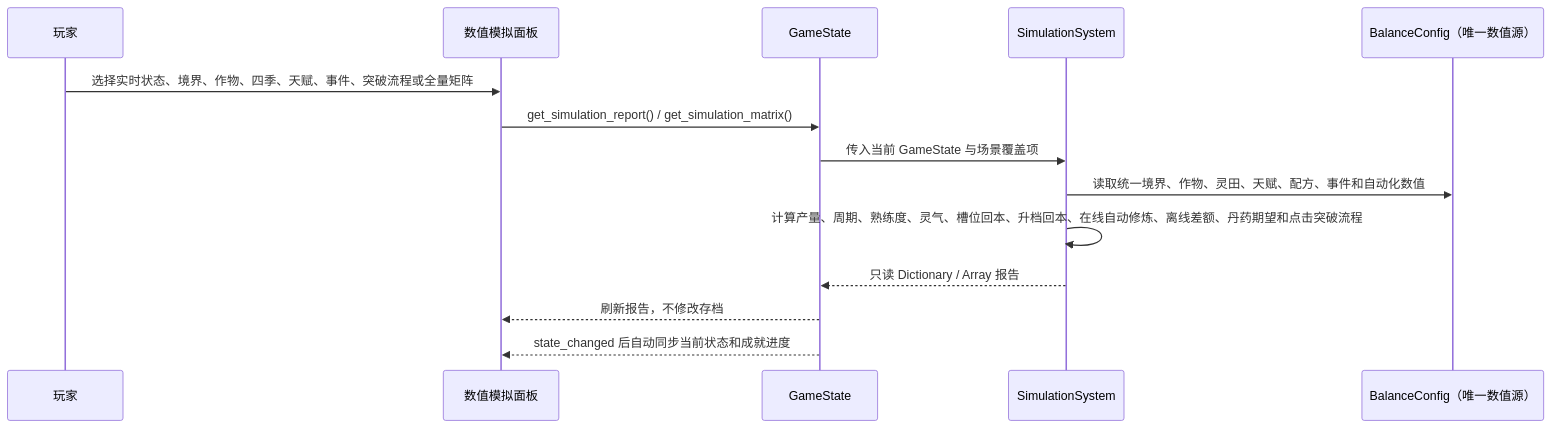
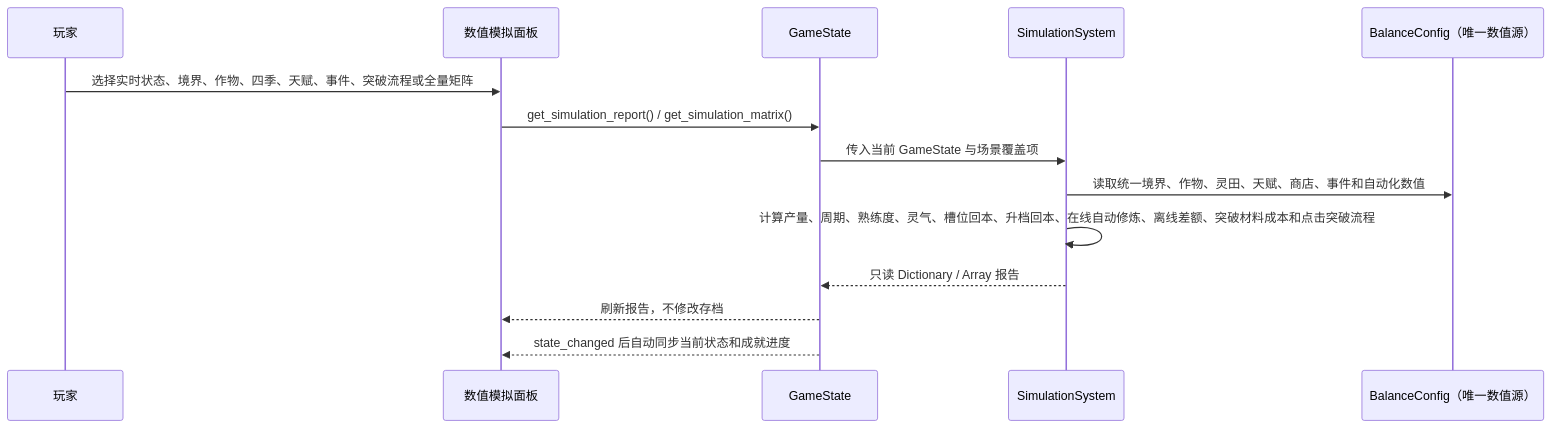
Before and after one commit to changw98ic/lingnong: diagram 12 of 12 in docs/CURRENT-GAME-FLOW.md, drawn with Mermaid. The commit also changed other lines of this file and 21 other files, not shown here.

````diff
--- a/docs/CURRENT-GAME-FLOW.md
+++ b/docs/CURRENT-GAME-FLOW.md
@@ -417,17 +475,17 @@
 ```mermaid
 sequenceDiagram
     participant U as 玩家
     participant P as 数值模拟面板
     participant G as GameState
     participant S as SimulationSystem
     participant C as BalanceConfig（唯一数值源）
 
     U->>P: 选择实时状态、境界、作物、四季、天赋、事件、突破流程或全量矩阵
     P->>G: get_simulation_report() / get_simulation_matrix()
     G->>S: 传入当前 GameState 与场景覆盖项
-    S->>C: 读取统一境界、作物、灵田、天赋、配方、事件和自动化数值
-    S->>S: 计算产量、周期、熟练度、灵气、槽位回本、升档回本、在线自动修炼、离线差额、丹药期望和点击突破流程
+    S->>C: 读取统一境界、作物、灵田、天赋、商店、事件和自动化数值
+    S->>S: 计算产量、周期、熟练度、灵气、槽位回本、升档回本、在线自动修炼、离线差额、突破材料成本和点击突破流程
     S-->>G: 只读 Dictionary / Array 报告
     G-->>P: 刷新报告，不修改存档
     G-->>P: state_changed 后自动同步当前状态和成就进度
 ```
````
